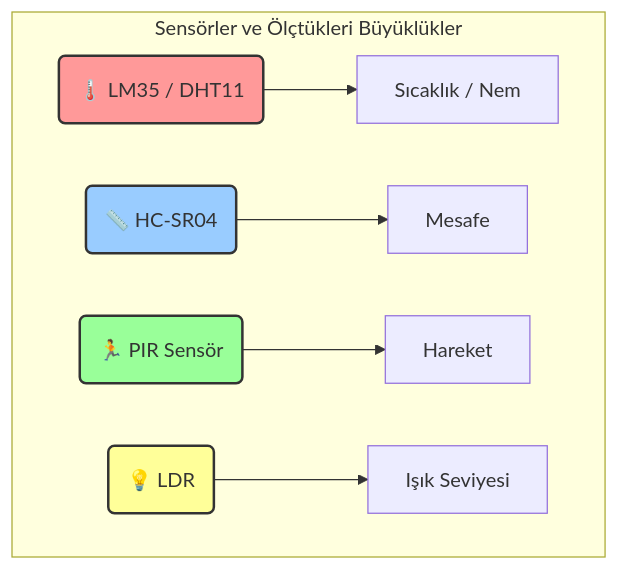
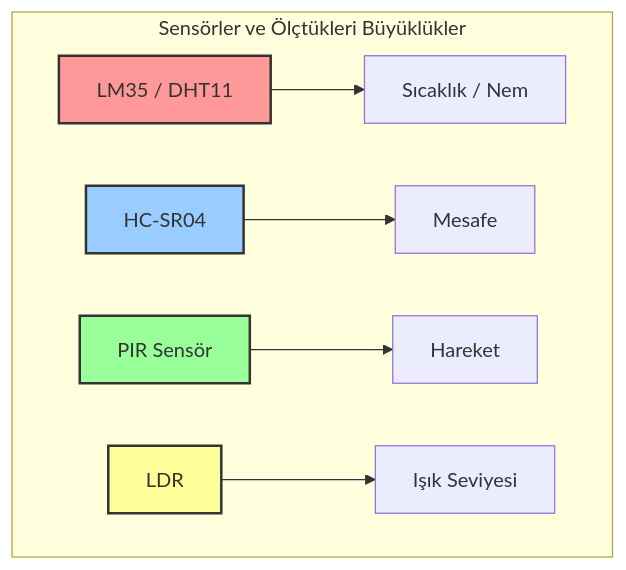
The second of 6 diagrams in courses/robotics-embedded-systems/articles/5- Sensörler ve Aktüatörler.md (hamitseyrek/seyrek-academy), drawn with Mermaid before and after one commit. The commit also changed other lines of this file and 1 other file, not shown here.

Commit message:
[EMBED-014] refactor: Revise and finalize Week 5 and 6 articles

````diff
--- a/courses/robotics-embedded-systems/articles/5- Sensörler ve Aktüatörler.md
+++ b/courses/robotics-embedded-systems/articles/5- Sensörler ve Aktüatörler.md
@@ -46,14 +46,14 @@
 ```mermaid
 graph TD
     subgraph Sensörler ve Ölçtükleri Büyüklükler
-        S1(🌡️ LM35 / DHT11) --> T[Sıcaklık / Nem]
-        S2(📏 HC-SR04) --> D[Mesafe]
-        S3(🏃 PIR Sensör) --> M[Hareket]
-        S4(💡 LDR) --> L[Işık Seviyesi]
+        S1[LM35 / DHT11] --> T[Sıcaklık / Nem]
+        S2[HC-SR04] --> D[Mesafe]
+        S3[PIR Sensör] --> M[Hareket]
+        S4[LDR] --> L[Işık Seviyesi]
     end
 
     style S1 fill:#f99, stroke:#333, stroke-width:2px
     style S2 fill:#9cf, stroke:#333, stroke-width:2px
     style S3 fill:#9f9, stroke:#333, stroke-width:2px
     style S4 fill:#ff9, stroke:#333, stroke-width:2px
 ```
````
